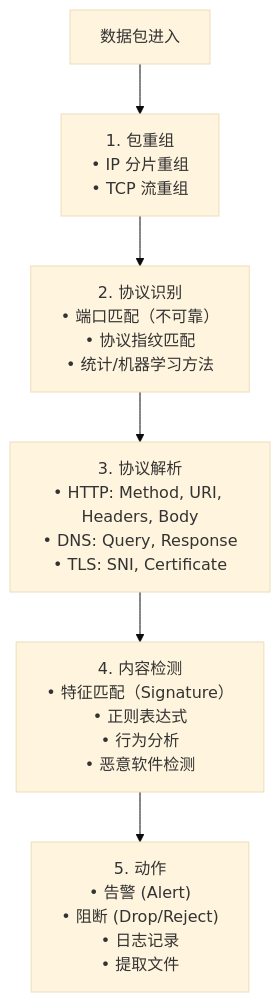
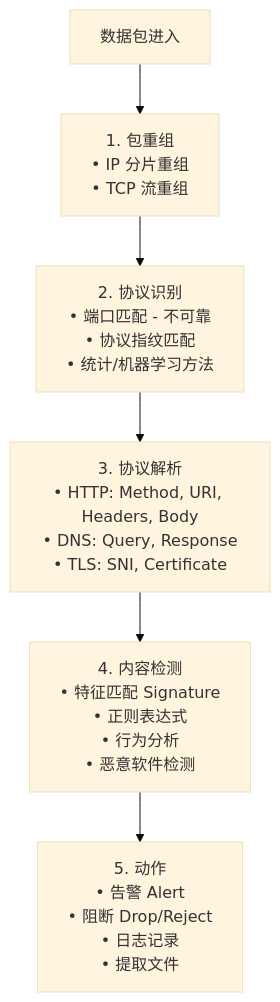
The fifth of 7 diagrams in content/articles/security/sec-07-深度包检测与入侵检测系统.md (jpixy/jpixy.github.io), drawn with Mermaid (base theme) before and after one commit. The commit also changed other lines of this file and 66 other files, not shown here.

Commit message:
fix: resolve Mermaid syntax errors by removing parentheses in node labels

````diff
--- a/content/articles/security/sec-07-深度包检测与入侵检测系统.md
+++ b/content/articles/security/sec-07-深度包检测与入侵检测系统.md
@@ -98,8 +98,8 @@
 ```mermaid
 graph TB
     IN[数据包进入] --> S1["1. 包重组<br>• IP 分片重组<br>• TCP 流重组"]
-    S1 --> S2["2. 协议识别<br>• 端口匹配（不可靠）<br>• 协议指纹匹配<br>• 统计/机器学习方法"]
+    S1 --> S2["2. 协议识别<br>• 端口匹配 - 不可靠<br>• 协议指纹匹配<br>• 统计/机器学习方法"]
     S2 --> S3["3. 协议解析<br>• HTTP: Method, URI, Headers, Body<br>• DNS: Query, Response<br>• TLS: SNI, Certificate"]
-    S3 --> S4["4. 内容检测<br>• 特征匹配（Signature）<br>• 正则表达式<br>• 行为分析<br>• 恶意软件检测"]
-    S4 --> S5["5. 动作<br>• 告警 (Alert)<br>• 阻断 (Drop/Reject)<br>• 日志记录<br>• 提取文件"]
+    S3 --> S4["4. 内容检测<br>• 特征匹配 Signature<br>• 正则表达式<br>• 行为分析<br>• 恶意软件检测"]
+    S4 --> S5["5. 动作<br>• 告警 Alert<br>• 阻断 Drop/Reject<br>• 日志记录<br>• 提取文件"]
 ```
````
